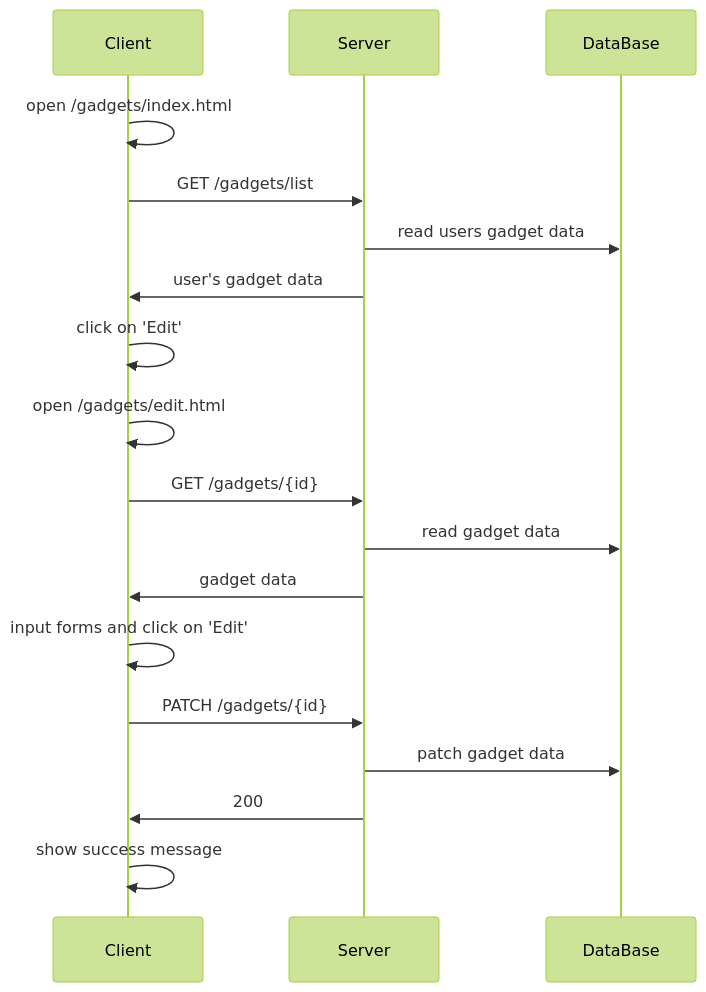
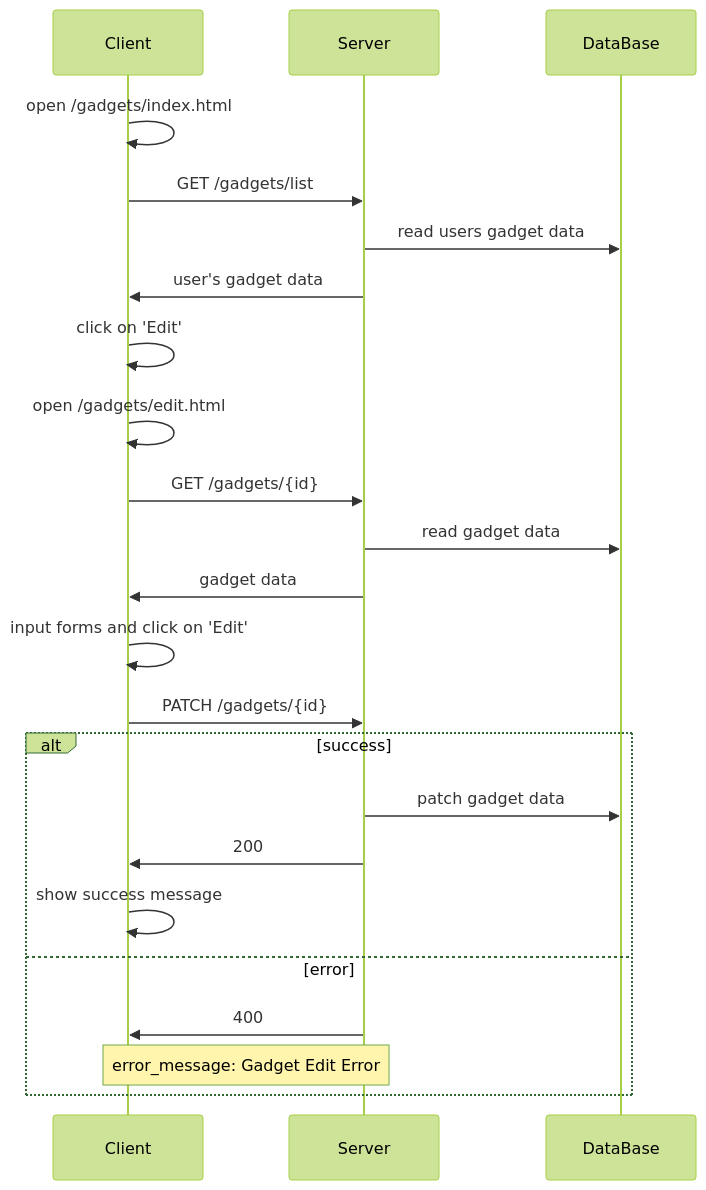
Before and after one commit to lynxlevin/gadget_collection: the second of 3 diagrams in docs/gadget_sequence.md, drawn with Mermaid (forest theme). The commit also changed other lines of this file, not shown here.

Commit message:
error sequence

````diff
--- a/docs/gadget_sequence.md
+++ b/docs/gadget_sequence.md
@@ -26,20 +31,25 @@
 ```mermaid
 sequenceDiagram
     participant c as Client
     participant s as Server
     participant d as DataBase
     c->>c: open /gadgets/index.html
     c->>s: GET /gadgets/list
     s->>d: read users gadget data
     s->>c: user's gadget data
     c->>c: click on 'Edit'
     c->>c: open /gadgets/edit.html
     c->>s: GET /gadgets/{id}
     s->>d: read gadget data
     s->>c: gadget data
     c->>c: input forms and click on 'Edit'
     c->>s: PATCH /gadgets/{id}
-    s->>d: patch gadget data
-    s->>c: 200
-    c->>c: show success message
+    alt success
+        s->>d: patch gadget data
+        s->>c: 200
+        c->>c: show success message
+    else error
+        s->>c:400
+        Note over c, s: error_message: Gadget Edit Error
+    end
 ```
````
